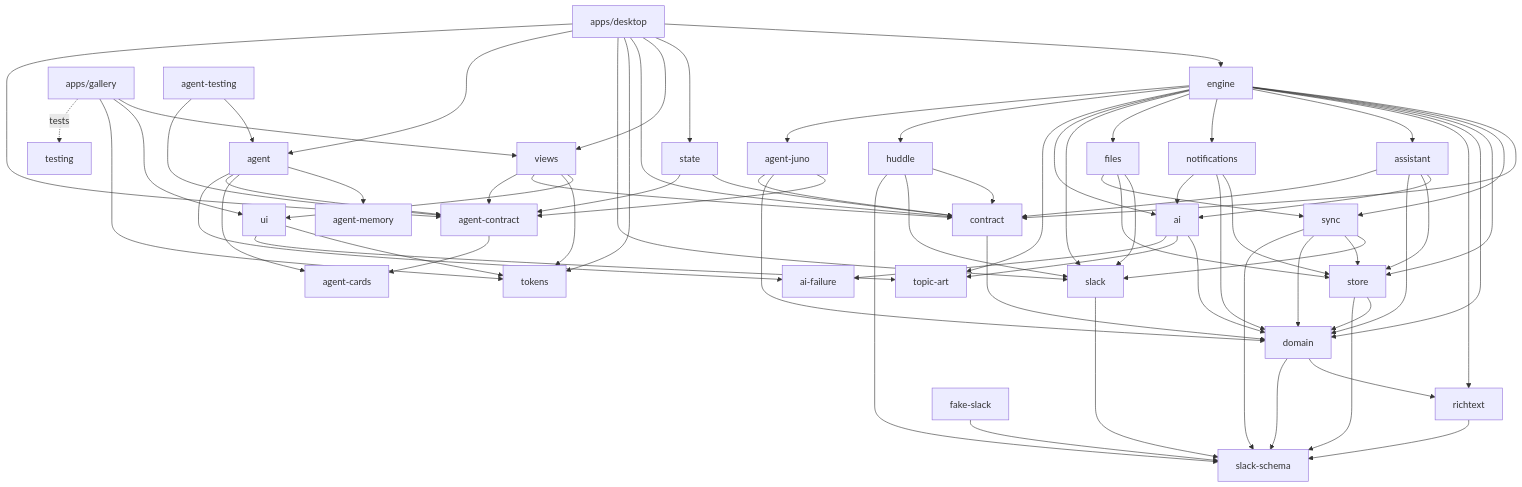
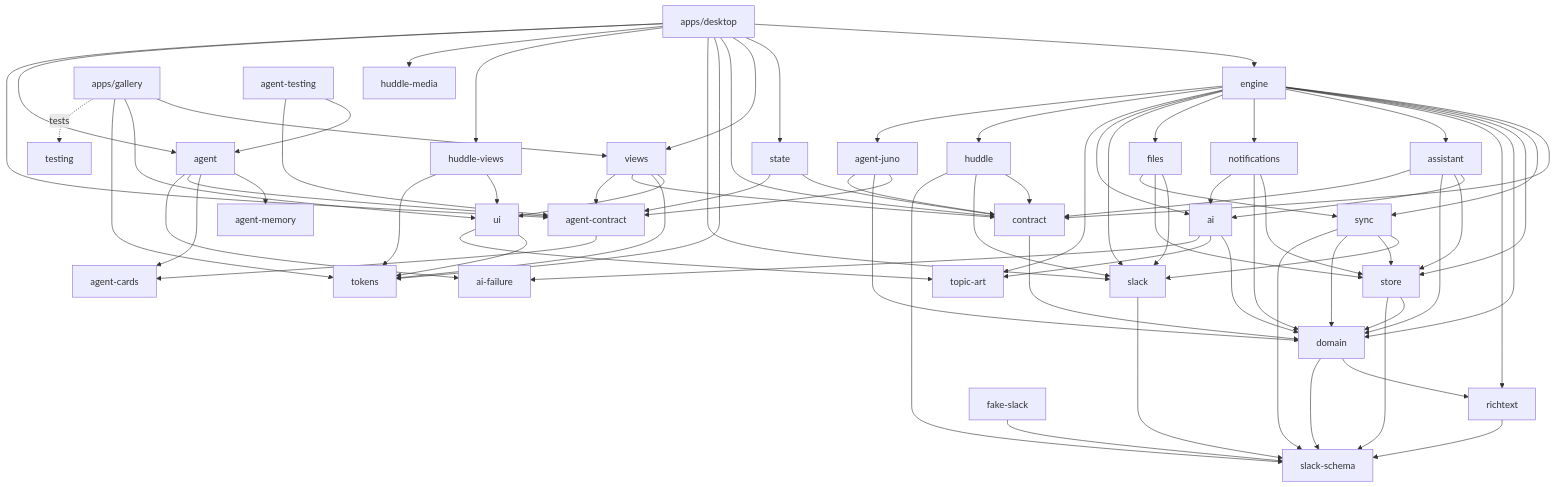
The second of 2 diagrams in docs/architecture.md (triptu/juno), drawn with Mermaid before and after one commit. The commit also changed other lines of this file and 5 other files, not shown here.

````diff
--- a/docs/architecture.md
+++ b/docs/architecture.md
@@ -116,34 +116,37 @@
 ```mermaid
 flowchart TD
   slack_schema[slack-schema]
   richtext --> slack_schema
   domain --> richtext & slack_schema
   contract --> domain
   slack --> slack_schema
   store --> domain & slack_schema
   sync --> slack & store & domain & slack_schema
   topic_art[topic-art]
   ai --> domain & topic_art & ai_failure[ai-failure]
   assistant --> ai & store & domain & contract
   notifications --> store & domain & ai
   files --> slack & store & sync
   engine --> contract & sync & store & domain & richtext & assistant & notifications & files & slack & ai & topic_art
   huddle --> contract & slack & slack_schema
   engine --> huddle
   fake_slack[fake-slack] --> slack_schema
   tokens
   ui --> tokens & topic_art
   views --> ui & tokens & contract
   state --> contract
   desktop[apps/desktop] --> engine & state & views & contract & tokens & slack
+  huddle_views[huddle-views] --> ui & tokens
+  huddle_media[huddle-media]
+  desktop --> huddle_views & huddle_media
   gallery[apps/gallery] --> views & ui & tokens
   gallery -.tests.-> testing[testing]
   agent_contract[agent-contract] --> agent_cards[agent-cards]
   agent --> agent_memory[agent-memory] & agent_cards & agent_contract & ai_failure
   agent_juno[agent-juno] --> agent_contract & domain & contract
   agent_testing[agent-testing] --> agent & agent_contract
   engine --> agent_juno
   state --> agent_contract
   views --> agent_contract
   desktop --> agent & agent_contract
 ```
````
